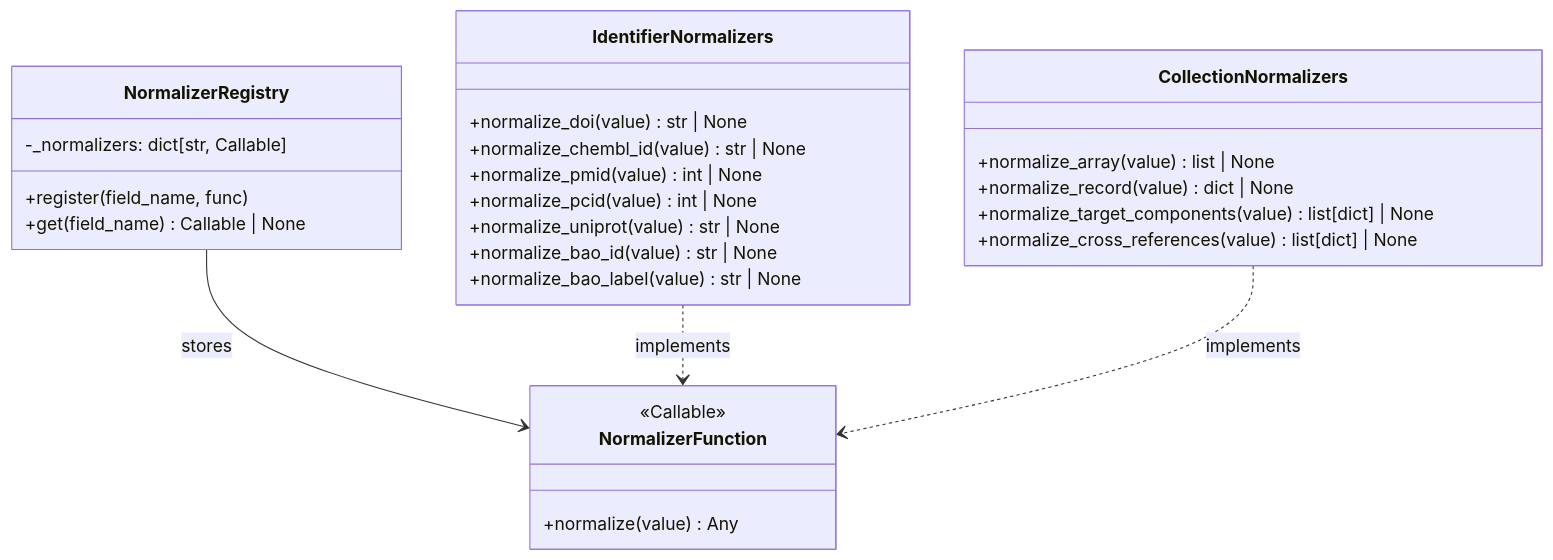
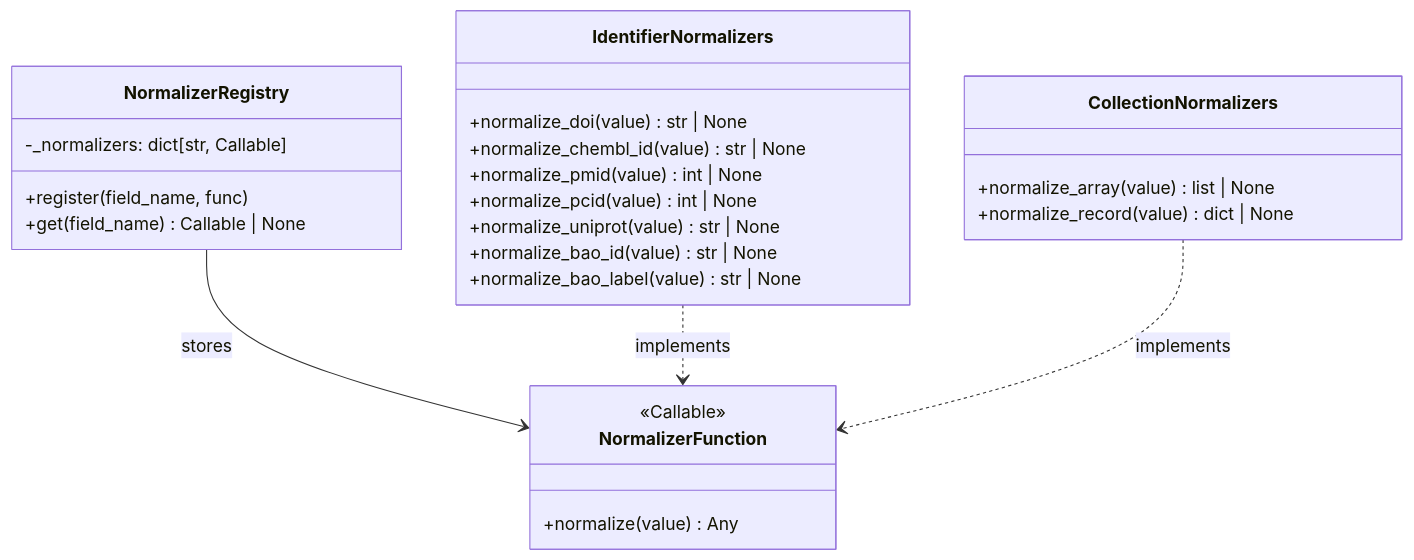
Before and after one commit to SatoryKono/BioactivityDataAcquisition: the eighth of 10 diagrams in docs/architecture/14-class-diagrams-domain.md, drawn with Mermaid. The commit also changed 93 other files, not shown here.

````diff
--- a/docs/architecture/14-class-diagrams-domain.md
+++ b/docs/architecture/14-class-diagrams-domain.md
@@ -310,37 +310,35 @@
 ```mermaid
 ---
 id: 74518f52-8604-4684-ba4f-af4971902755
 ---
 classDiagram
     class NormalizerFunction {
         <<Callable>>
         +normalize(value) Any
     }
 
     class IdentifierNormalizers {
         +normalize_doi(value) str | None
         +normalize_chembl_id(value) str | None
         +normalize_pmid(value) int | None
         +normalize_pcid(value) int | None
         +normalize_uniprot(value) str | None
         +normalize_bao_id(value) str | None
         +normalize_bao_label(value) str | None
     }
 
     class CollectionNormalizers {
         +normalize_array(value) list | None
         +normalize_record(value) dict | None
-        +normalize_target_components(value) list[dict] | None
-        +normalize_cross_references(value) list[dict] | None
     }
 
     class NormalizerRegistry {
         -_normalizers: dict[str, Callable]
         +register(field_name, func)
         +get(field_name) Callable | None
     }
 
     NormalizerRegistry --> NormalizerFunction : stores
     IdentifierNormalizers ..> NormalizerFunction : implements
     CollectionNormalizers ..> NormalizerFunction : implements
 ```
````
